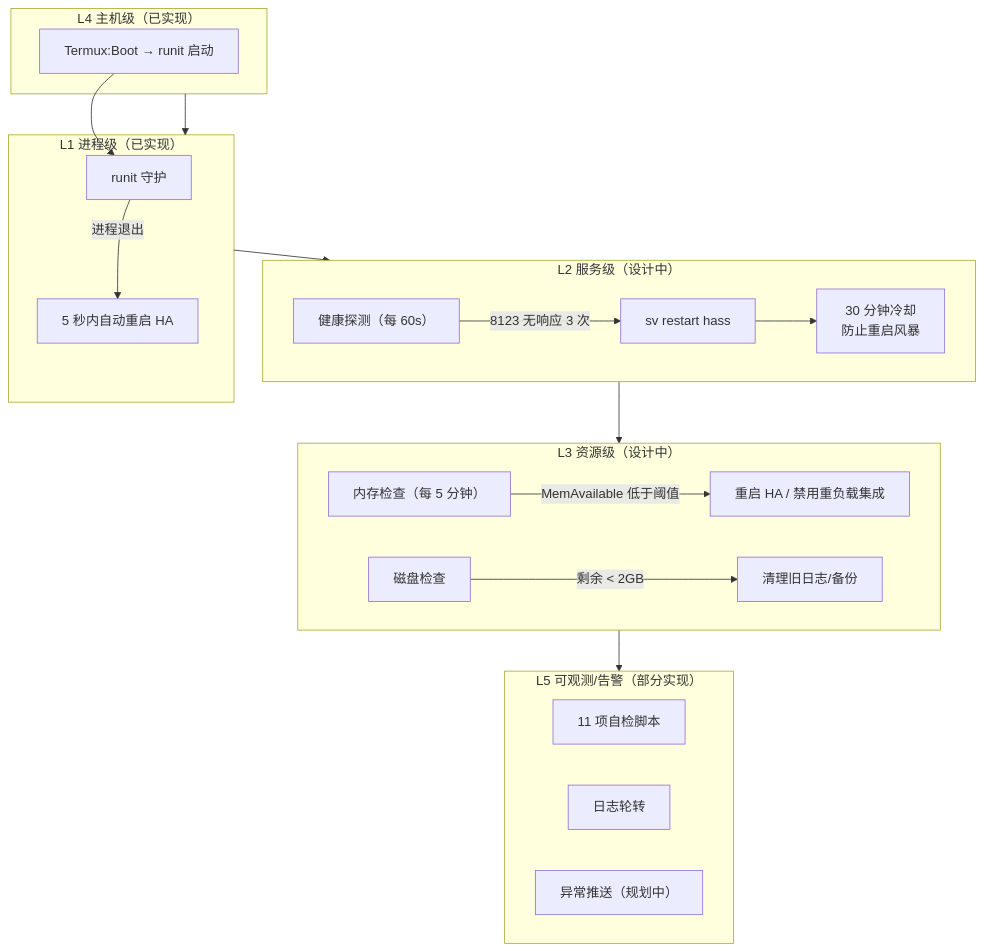
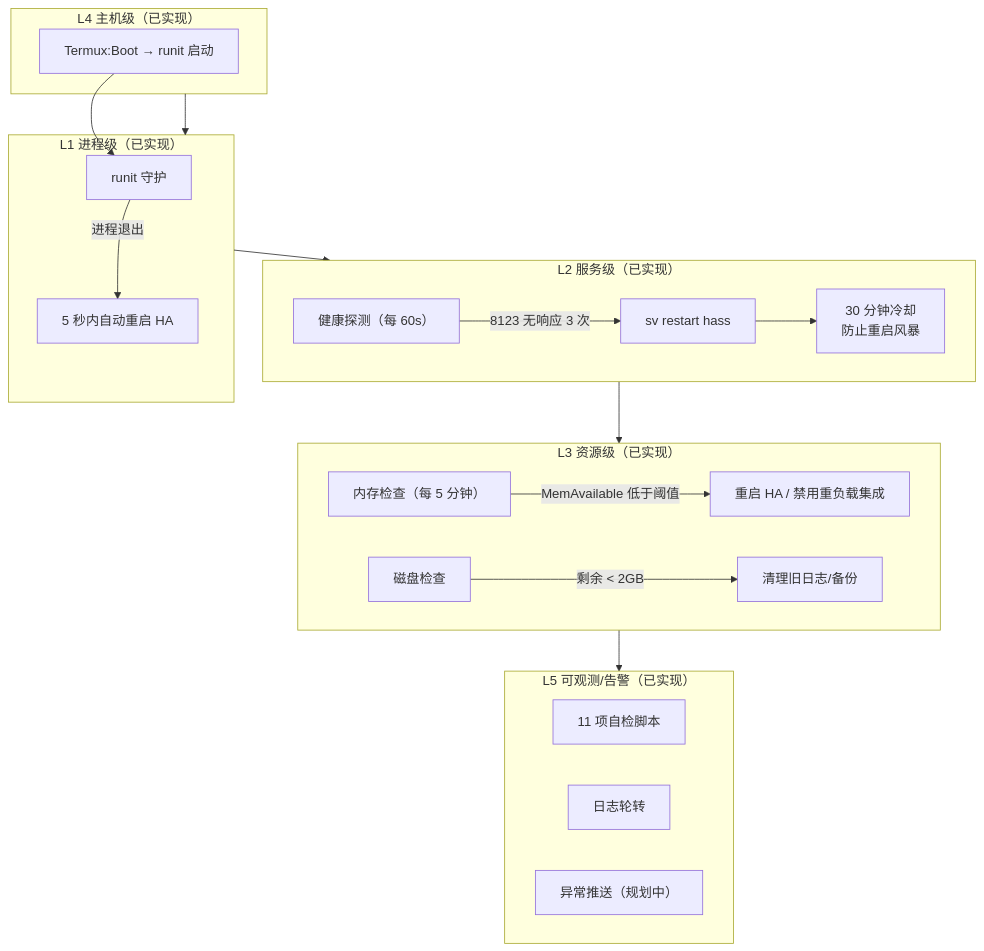
One commit to VotaverUno/android-tv-box-home-assistant changed the fourth of 5 diagrams in docs/架构与数据流.md. Above: the diagram before and after it, drawn with Mermaid. The commit also changed other lines of this file and 11 other files, not shown here.

````diff
--- a/docs/架构与数据流.md
+++ b/docs/架构与数据流.md
@@ -154,28 +154,28 @@
 ```mermaid
 flowchart TB
     subgraph L1["L1 进程级（已实现）"]
         RUNIT["runit 守护"]
         RUNIT -->|"进程退出"| RESTART1["5 秒内自动重启 HA"]
     end
-    subgraph L2["L2 服务级（设计中）"]
+    subgraph L2["L2 服务级（已实现）"]
         PROBE["健康探测（每 60s）"]
         PROBE -->|"8123 无响应 3 次"| RESTART2["sv restart hass"]
         RESTART2 --> COOL["30 分钟冷却<br/>防止重启风暴"]
     end
-    subgraph L3["L3 资源级（设计中）"]
+    subgraph L3["L3 资源级（已实现）"]
         MEM["内存检查（每 5 分钟）"]
         MEM -->|"MemAvailable 低于阈值"| GC["重启 HA / 禁用重负载集成"]
         DISK["磁盘检查"]
         DISK -->|"剩余 < 2GB"| CLEAN["清理旧日志/备份"]
     end
     subgraph L4["L4 主机级（已实现）"]
         BOOT["Termux:Boot → runit 启动"]
         BOOT --> RUNIT
     end
-    subgraph L5["L5 可观测/告警（部分实现）"]
+    subgraph L5["L5 可观测/告警（已实现）"]
         SELFTEST["11 项自检脚本"]
         LOG["日志轮转"]
         ALERT["异常推送（规划中）"]
     end
     L4 --> L1 --> L2 --> L3 --> L5
 ```
````
